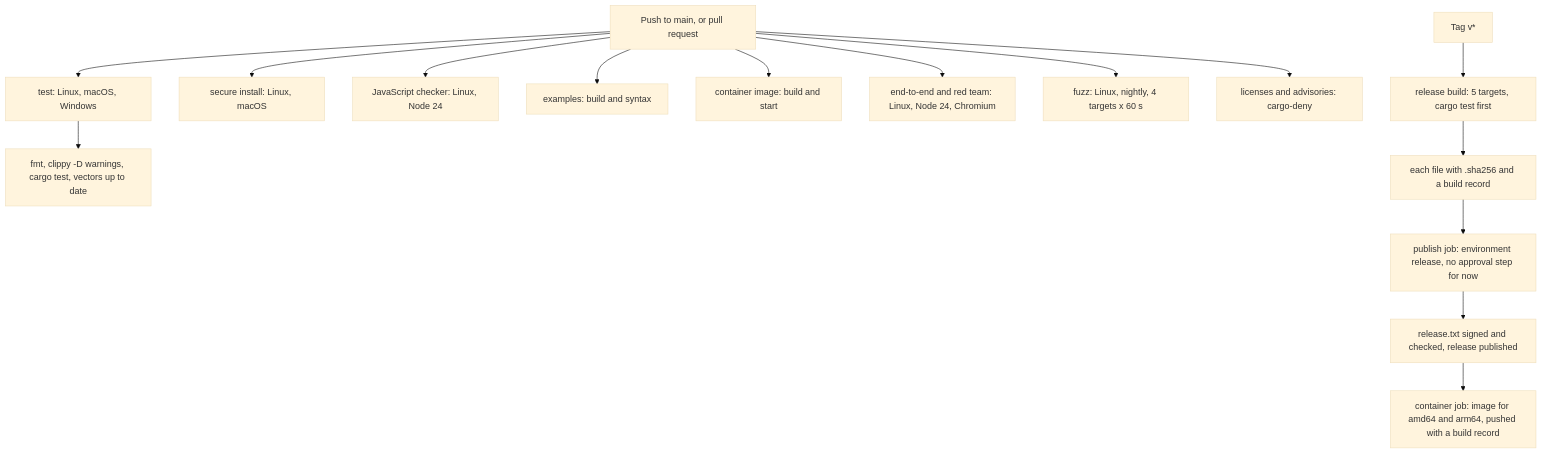
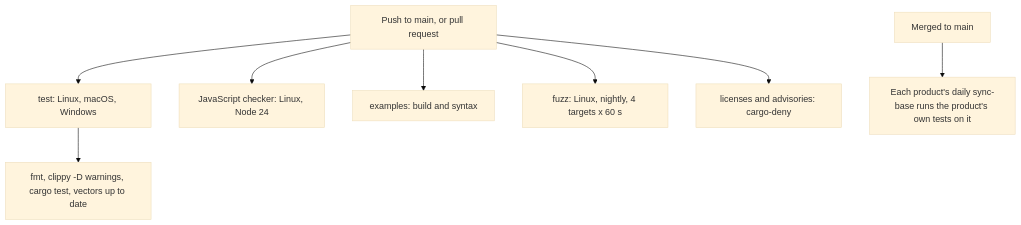
One commit to Phygital-Key/phygital-key changed the diagram in docs/testing.md. Above: the diagram before and after it, drawn with Mermaid (base theme). The commit also changed other lines of this file and 114 other files, not shown here.

Commit message:
Split into a shared base: the gate becomes the phygital-key-gate library (Product + Adapter), installers and release scripts become product templates; MCP moves to Phygital-Key/phygital-key-mcp, A2A is Phygital-Key/phygital-key-a2a; docs made product-neutral; v0.4.0

````diff
--- a/docs/testing.md
+++ b/docs/testing.md
@@ -402,17 +170,10 @@
 ```mermaid
 flowchart TD
   T["Push to main, or pull request"] --> J1["test: Linux, macOS, Windows"]
-  T --> J2["secure install: Linux, macOS"]
   T --> J3["JavaScript checker: Linux, Node 24"]
   T --> J7["examples: build and syntax"]
-  T --> J8["container image: build and start"]
-  T --> J4["end-to-end and red team: Linux, Node 24, Chromium"]
   T --> J5["fuzz: Linux, nightly, 4 targets x 60 s"]
   T --> J6["licenses and advisories: cargo-deny"]
   J1 --> S1["fmt, clippy -D warnings, cargo test, vectors up to date"]
-  Tag["Tag v*"] --> RB["release build: 5 targets, cargo test first"]
-  RB --> RD["each file with .sha256 and a build record"]
-  RD --> SG["publish job: environment release, no approval step for now"]
-  SG --> RP["release.txt signed and checked, release published"]
-  RP --> RC["container job: image for amd64 and arm64, pushed with a build record"]
+  M["Merged to main"] --> P["Each product's daily sync-base runs the product's own tests on it"]
 ```
````
